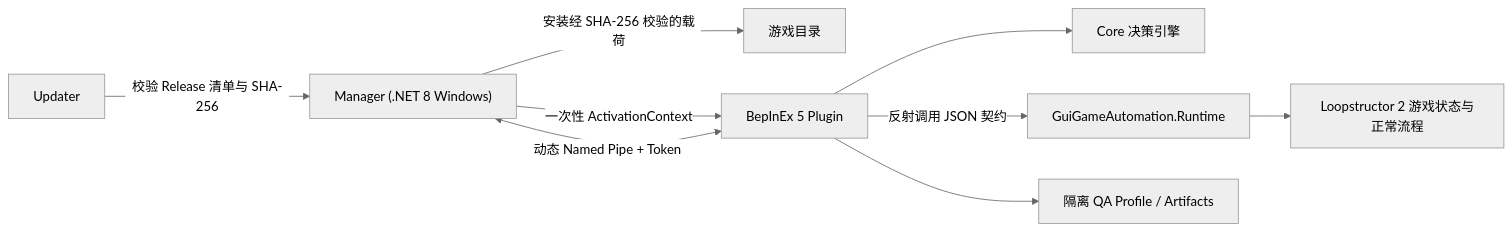
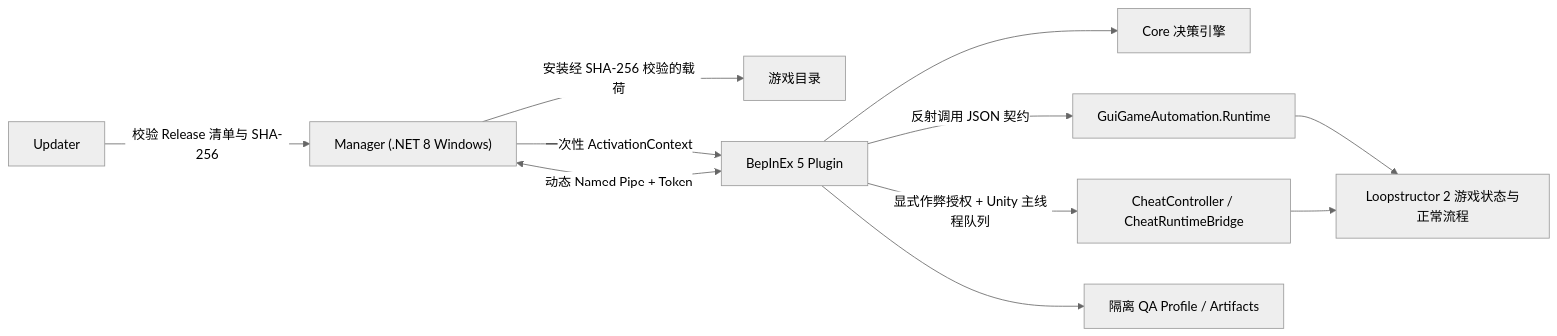
One commit to yingyu4451/Loopstructor-2-AutoPlayer changed the diagram in docs/architecture.md. Above: the diagram before and after it, drawn with Mermaid (neutral theme). The commit also changed other lines of this file and 30 other files, not shown here.

````diff
--- a/docs/architecture.md
+++ b/docs/architecture.md
@@ -9,11 +9,13 @@
 ```mermaid
 flowchart LR
     M["Manager (.NET 8 Windows)"] -->|"安装经 SHA-256 校验的载荷"| G["游戏目录"]
     M -->|"一次性 ActivationContext"| P["BepInEx 5 Plugin"]
     M <-->|"动态 Named Pipe + Token"| P
     P --> C["Core 决策引擎"]
     P -->|"反射调用 JSON 契约"| R["GuiGameAutomation.Runtime"]
     R --> S["Loopstructor 2 游戏状态与正常流程"]
+    P -->|"显式作弊授权 + Unity 主线程队列"| H["CheatController / CheatRuntimeBridge"]
+    H --> S
     P --> Q["隔离 QA Profile / Artifacts"]
     U["Updater"] -->|"校验 Release 清单与 SHA-256"| M
 ```
````
